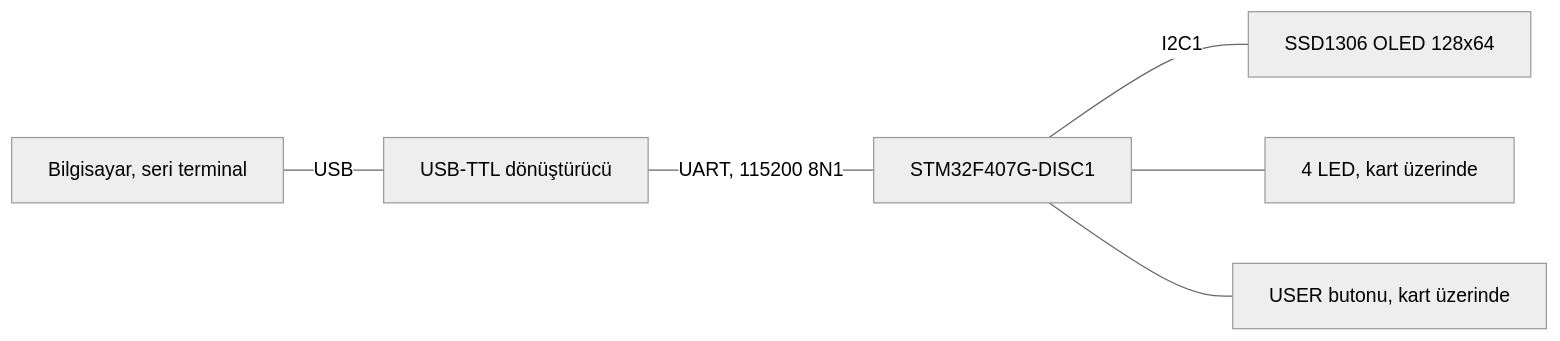
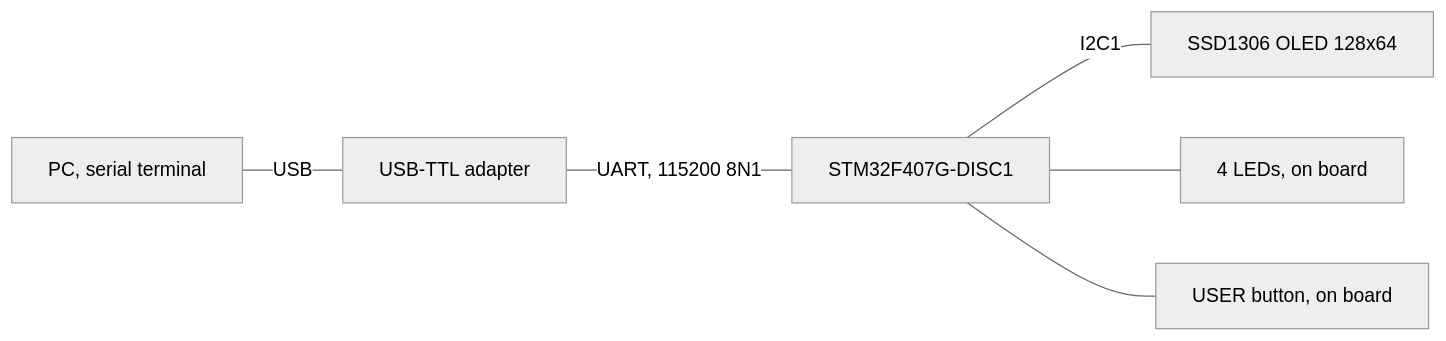
One commit to meyubcan/stm32-freertos-smart-home changed the second of 2 diagrams in README.md. Above: the diagram before and after it, drawn with Mermaid (neutral theme). The commit also changed other lines of this file and 1 other file, not shown here.

````diff
--- a/README.md
+++ b/README.md
@@ -39,8 +43,8 @@
 ```mermaid
 flowchart LR
-    PC[Bilgisayar, seri terminal] -- USB --- TTL[USB-TTL dönüştürücü]
+    PC[PC, serial terminal] -- USB --- TTL[USB-TTL adapter]
     TTL -- "UART, 115200 8N1" --- MCU[STM32F407G-DISC1]
     MCU -- I2C1 --- OLED[SSD1306 OLED 128x64]
-    MCU --- LED[4 LED, kart üzerinde]
-    MCU --- BTN[USER butonu, kart üzerinde]
+    MCU --- LED[4 LEDs, on board]
+    MCU --- BTN[USER button, on board]
 ```
````
